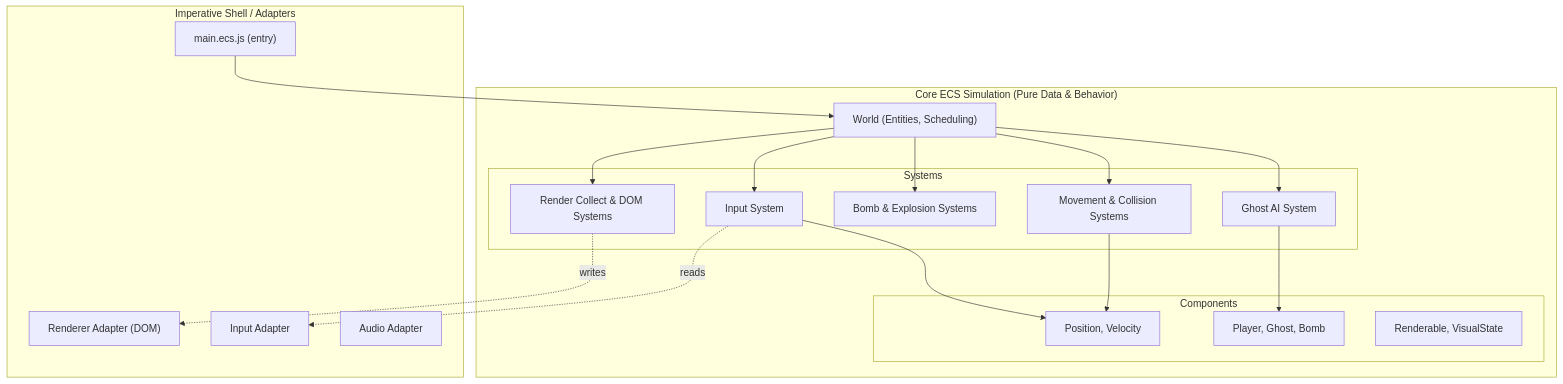
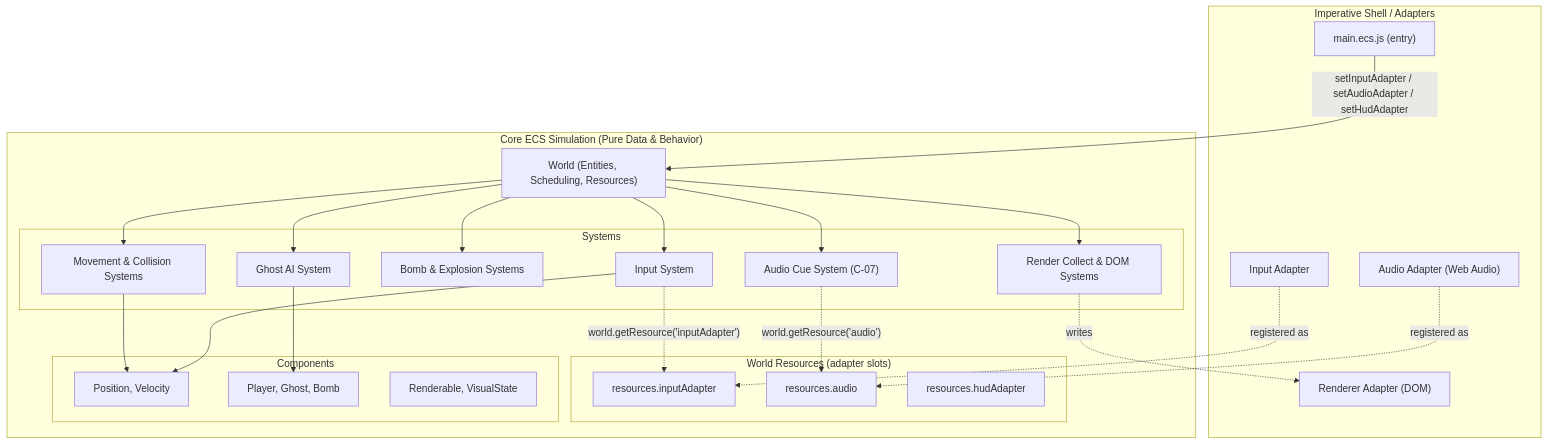
Before and after one commit to ertval/make-your-game: the first of 2 diagrams in docs/implementation/implementation-plan.md, drawn with Mermaid. The commit also changed other lines of this file and 7 other files, not shown here.

First line of the commit message:
C-06: centralized Web Audio adapter (boundary contract)

````diff
--- a/docs/implementation/implementation-plan.md
+++ b/docs/implementation/implementation-plan.md
@@ -51,41 +51,53 @@
 ```mermaid
 graph TB
     subgraph "Imperative Shell / Adapters"
         MAIN["main.ecs.js (entry)"]
         RENDERER["Renderer Adapter (DOM)"]
         INPUT["Input Adapter"]
-        AUDIO["Audio Adapter"]
+        AUDIO["Audio Adapter (Web Audio)"]
     end
 
     subgraph "Core ECS Simulation (Pure Data & Behavior)"
-        WORLD["World (Entities, Scheduling)"]
-        
+        WORLD["World (Entities, Scheduling, Resources)"]
+
+        subgraph "World Resources (adapter slots)"
+          RES_INPUT["resources.inputAdapter"]
+          RES_AUDIO["resources.audio"]
+          RES_HUD["resources.hudAdapter"]
+        end
+
         subgraph "Systems"
             SYS_INPUT["Input System"]
             SYS_MOVE["Movement & Collision Systems"]
             SYS_BOMB["Bomb & Explosion Systems"]
             SYS_AI["Ghost AI System"]
+            SYS_AUDIO["Audio Cue System (C-07)"]
             SYS_RENDER["Render Collect & DOM Systems"]
         end
-        
+
         subgraph "Components"
           COMP_POS["Position, Velocity"]
           COMP_ACT["Player, Ghost, Bomb"]
           COMP_REN["Renderable, VisualState"]
         end
     end
 
-    MAIN --> WORLD
+    MAIN -- "setInputAdapter / setAudioAdapter / setHudAdapter" --> WORLD
+    INPUT -. "registered as" .-> RES_INPUT
+    AUDIO -. "registered as" .-> RES_AUDIO
+
     WORLD --> SYS_INPUT
     WORLD --> SYS_AI
     WORLD --> SYS_MOVE
     WORLD --> SYS_BOMB
+    WORLD --> SYS_AUDIO
     WORLD --> SYS_RENDER
-    
-    SYS_INPUT -. reads .-> INPUT
+
+    SYS_INPUT -. "world.getResource('inputAdapter')" .-> RES_INPUT
+    SYS_AUDIO -. "world.getResource('audio')" .-> RES_AUDIO
     SYS_RENDER -. writes .-> RENDERER
-    
+
     SYS_INPUT --> COMP_POS
     SYS_MOVE --> COMP_POS
     SYS_AI --> COMP_ACT
 ```
````
